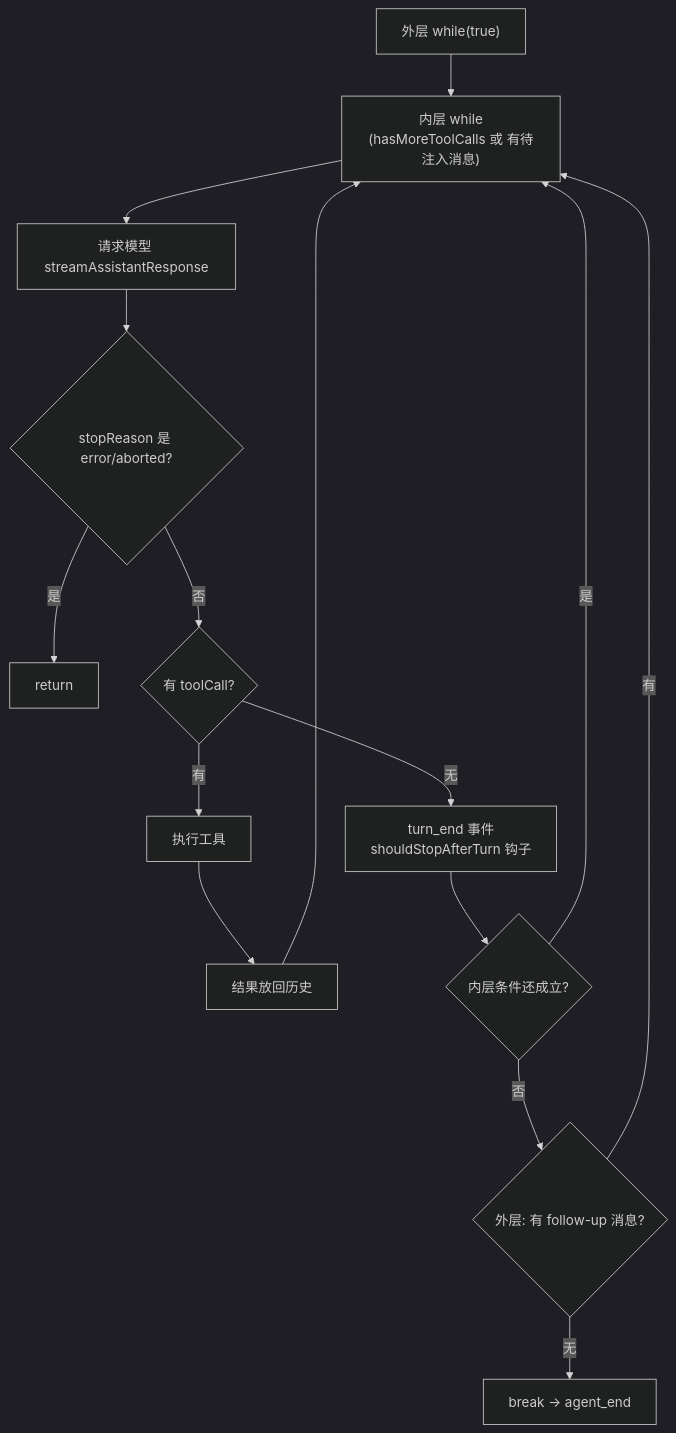
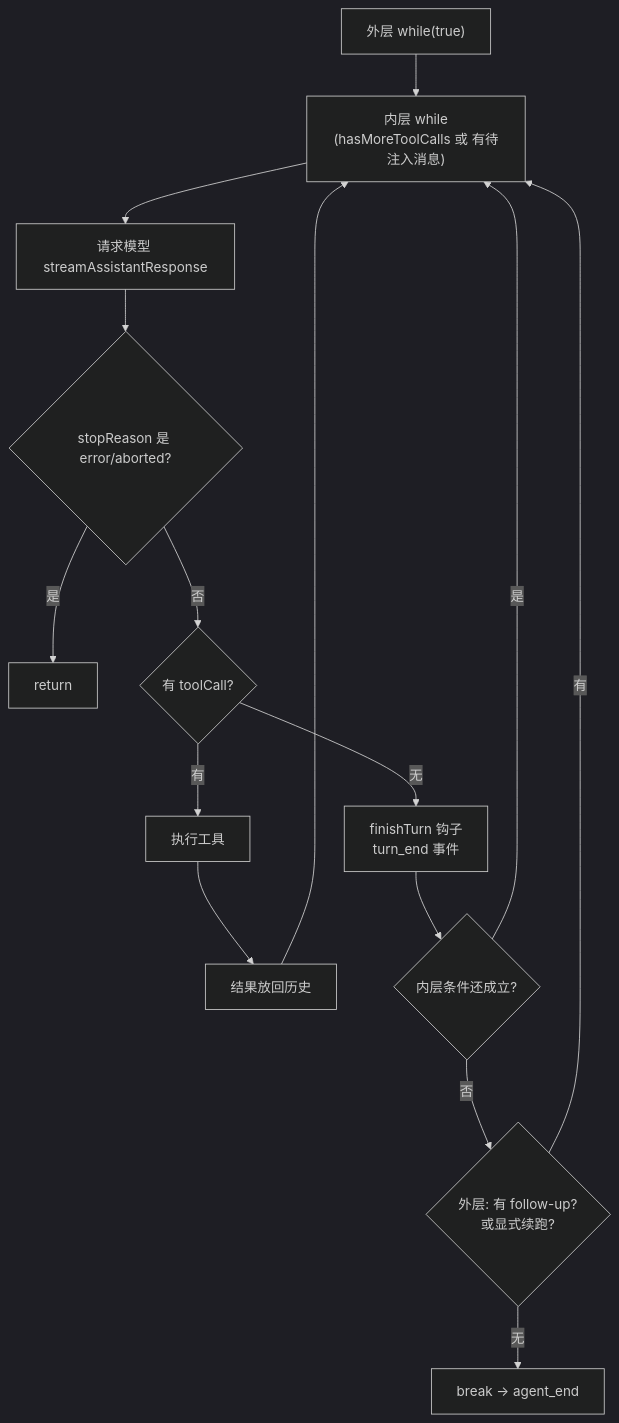
One commit to vacat/agent-book changed the second of 2 diagrams in src/ch06-code-pi.md. Above: the diagram before and after it, drawn with Mermaid (dark theme). The commit also changed other lines of this file and 14 other files, not shown here.

````diff
--- a/src/ch06-code-pi.md
+++ b/src/ch06-code-pi.md
@@ -290,17 +331,17 @@
 ```mermaid
 flowchart TB
     OUT_START["外层 while(true)"] --> INNER["内层 while<br/>(hasMoreToolCalls 或 有待注入消息)"]
     INNER --> R[请求模型 streamAssistantResponse]
     R --> STOP?{stopReason 是 error/aborted?}
     STOP? -->|是| RET[return]
     STOP? -->|否| TC{有 toolCall?}
     TC -->|有| EX[执行工具]
     EX --> PUSH[结果放回历史]
     PUSH --> INNER
-    TC -->|无| TURN_END["turn_end 事件<br/>shouldStopAfterTurn 钩子"]
+    TC -->|无| TURN_END["finishTurn 钩子<br/>turn_end 事件"]
     TURN_END --> INNER_AGAIN{"内层条件还成立?"}
     INNER_AGAIN -->|是| INNER
-    INNER_AGAIN -->|否| OUT{外层: 有 follow-up 消息?}
+    INNER_AGAIN -->|否| OUT{外层: 有 follow-up?<br/>或显式续跑?}
     OUT -->|有| INNER
     OUT -->|无| BREAK[break → agent_end]
 ```
````
